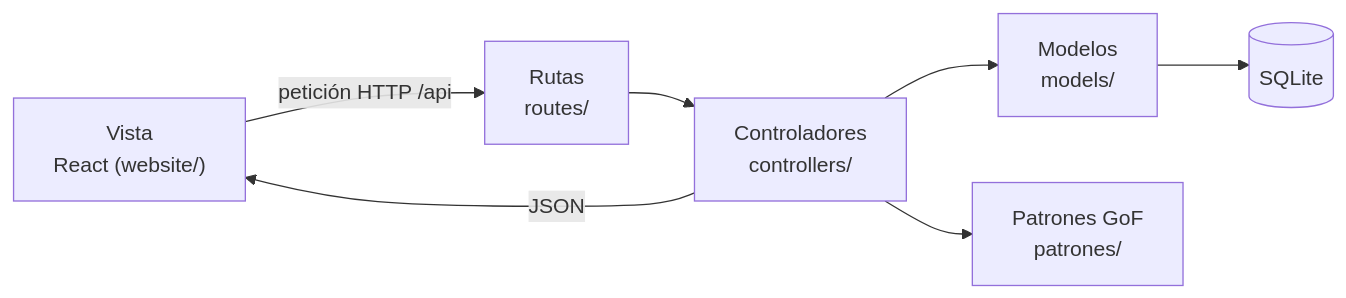
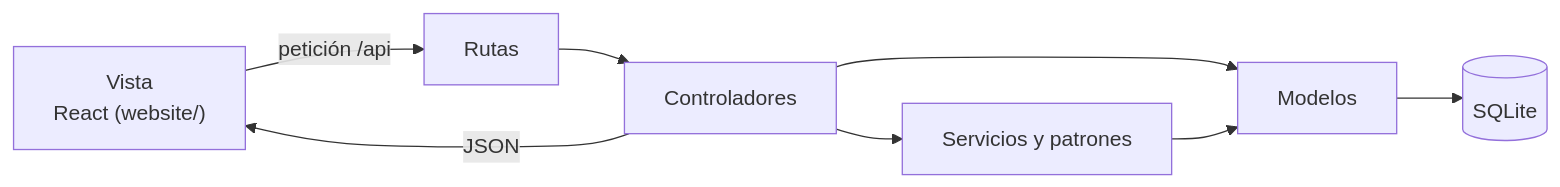
One commit to Hyldia/PYO3_plataforma_NailStudio changed the diagram in README.md. Above: the diagram before and after it, drawn with Mermaid. The commit also changed other lines of this file and 2 other files, not shown here.

````diff
--- a/README.md
+++ b/README.md
@@ -169,9 +325,10 @@
 ```mermaid
 flowchart LR
-  V["Vista<br/>React (website/)"] -- "petición HTTP /api" --> R["Rutas<br/>routes/"]
-  R --> C["Controladores<br/>controllers/"]
-  C --> M["Modelos<br/>models/"]
-  C --> P["Patrones GoF<br/>patrones/"]
+  V["Vista<br/>React (website/)"] -- "petición /api" --> R["Rutas"]
+  R --> C["Controladores"]
+  C --> S["Servicios y patrones"]
+  C --> M["Modelos"]
+  S --> M
   M --> DB[("SQLite")]
   C -- "JSON" --> V
 ```
````
